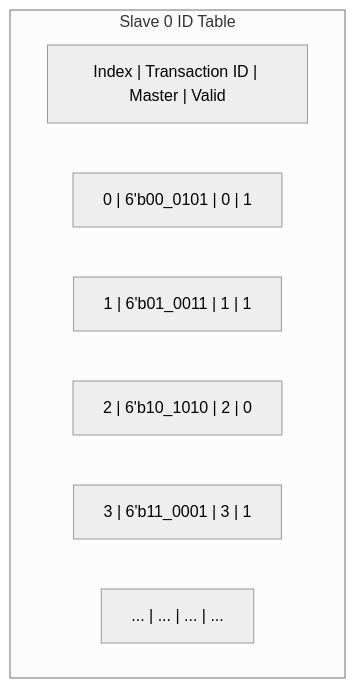
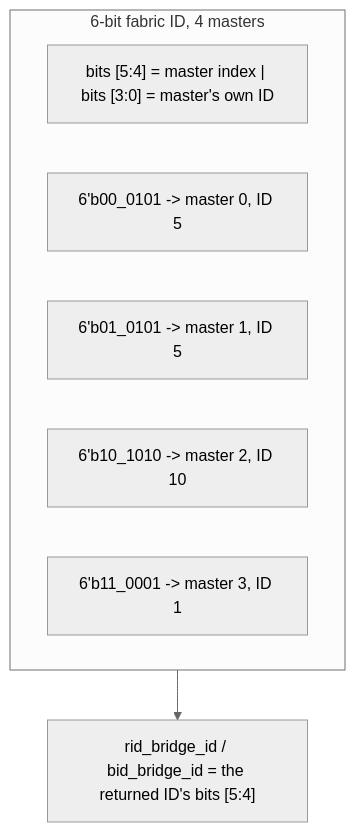
One commit to sean-galloway/RTLDesignSherpa changed the diagram in projects/components/fabric-gen-ip/bridge/docs/bridge_mas/assets/mermaid/id_table_structure.mmd. Above: the diagram before and after it, drawn with Mermaid. The commit also changed 82 other files, not shown here.

First line of the commit message:
docs(bridge): rev 1.6 -- by-ID response routing replaces the slave CAM

```diff
--- a/projects/components/fabric-gen-ip/bridge/docs/bridge_mas/assets/mermaid/id_table_structure.mmd
+++ b/projects/components/fabric-gen-ip/bridge/docs/bridge_mas/assets/mermaid/id_table_structure.mmd
@@ -1,10 +1,10 @@
 %%{init: {'theme': 'neutral'}}%%
 flowchart TB
-    subgraph Table["Slave 0 ID Table"]
-        H["Index | Transaction ID | Master | Valid"]
-        R0["0 | 6'b00_0101 | 0 | 1"]
-        R1["1 | 6'b01_0011 | 1 | 1"]
-        R2["2 | 6'b10_1010 | 2 | 0"]
-        R3["3 | 6'b11_0001 | 3 | 1"]
-        RN["... | ... | ... | ..."]
+    subgraph ID["6-bit fabric ID, 4 masters"]
+        H["bits [5:4] = master index | bits [3:0] = master's own ID"]
+        R0["6'b00_0101 -> master 0, ID 5"]
+        R1["6'b01_0101 -> master 1, ID 5"]
+        R2["6'b10_1010 -> master 2, ID 10"]
+        R3["6'b11_0001 -> master 3, ID 1"]
     end
+    ID --> RT["rid_bridge_id / bid_bridge_id = the returned ID's bits [5:4]"]
```
